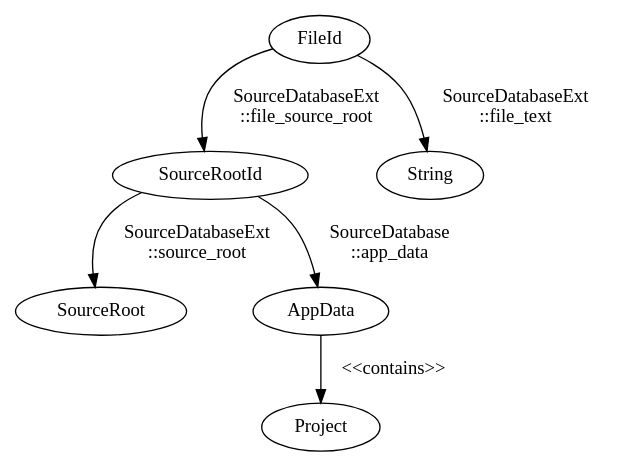
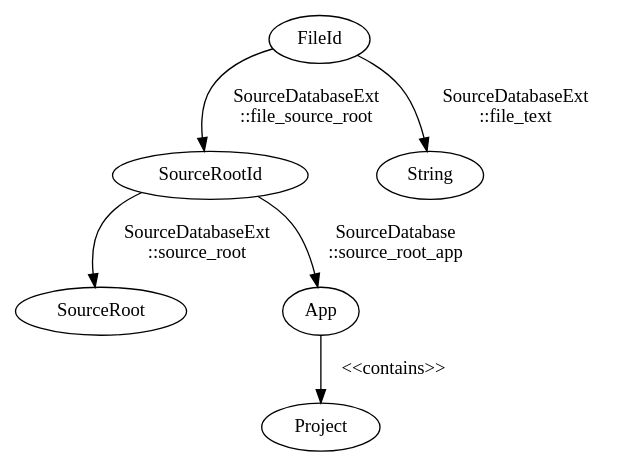
The diagram in docs/input_data_graph.dot (WhatsApp/erlang-language-platform), drawn with Graphviz before and after one commit. The commit also changed 32 other files, not shown here.

First line of the commit message:
Read apps directly and drop the derived AppData view

```diff
--- a/docs/input_data_graph.dot
+++ b/docs/input_data_graph.dot
@@ -1,17 +1,17 @@
 // Convert to PNG by
 // dot -Tpng input_data_graph.dot -o input_data_graph.png
 
 digraph {
     SourceRoot
     SourceRootId
     Project
-    AppData
+    App
     FileId
 
-    SourceRootId -> AppData    [label = "SourceDatabase\n::app_data"]
-    AppData -> Project         [label = "<<contains>>"]
+    SourceRootId -> App        [label = "SourceDatabase\n::source_root_app"]
+    App -> Project             [label = "<<contains>>"]
 
     FileId       -> String        [label = "SourceDatabaseExt\n::file_text"]
     FileId       -> SourceRootId  [label = "SourceDatabaseExt\n::file_source_root"]
     SourceRootId -> SourceRoot    [label = "SourceDatabaseExt\n::source_root"]
 }
```
